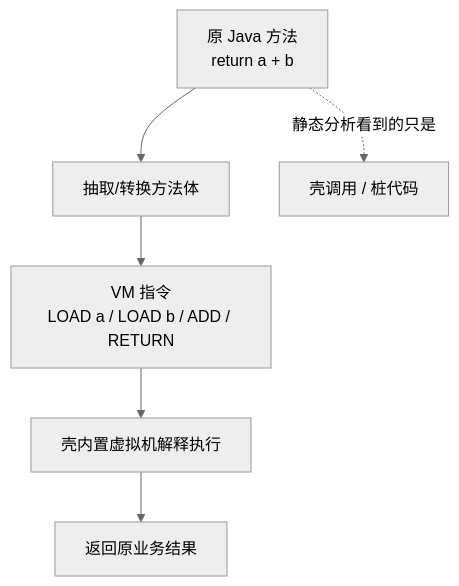
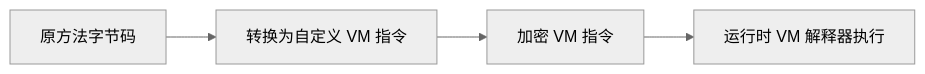
One commit to junyingzhao001/StudyNotes changed diagram 12 of 12 in android插件相关/App加固详解.md. Above: the diagram before and after it, drawn with Mermaid (neutral theme). The commit also changed other lines of this file and 3 other files, not shown here.

````diff
--- a/android插件相关/App加固详解.md
+++ b/android插件相关/App加固详解.md
@@ -1338,10 +1345,6 @@
 ```mermaid
-flowchart TB
-  JavaMethod["原 Java 方法
-return a + b"] --> Extract["抽取/转换方法体"]
-  Extract --> VMCode["VM 指令
-LOAD a / LOAD b / ADD / RETURN"]
-  VMCode --> ShellVM["壳内置虚拟机解释执行"]
-  ShellVM --> Result["返回原业务结果"]
-  JavaMethod -.静态分析看到的只是.-> Stub["壳调用 / 桩代码"]
+flowchart LR
+    A["原方法字节码"] --> B["转换为自定义 VM 指令"]
+    B --> C["加密 VM 指令"]
+    C --> D["运行时 VM 解释器执行"]
 ```
````
